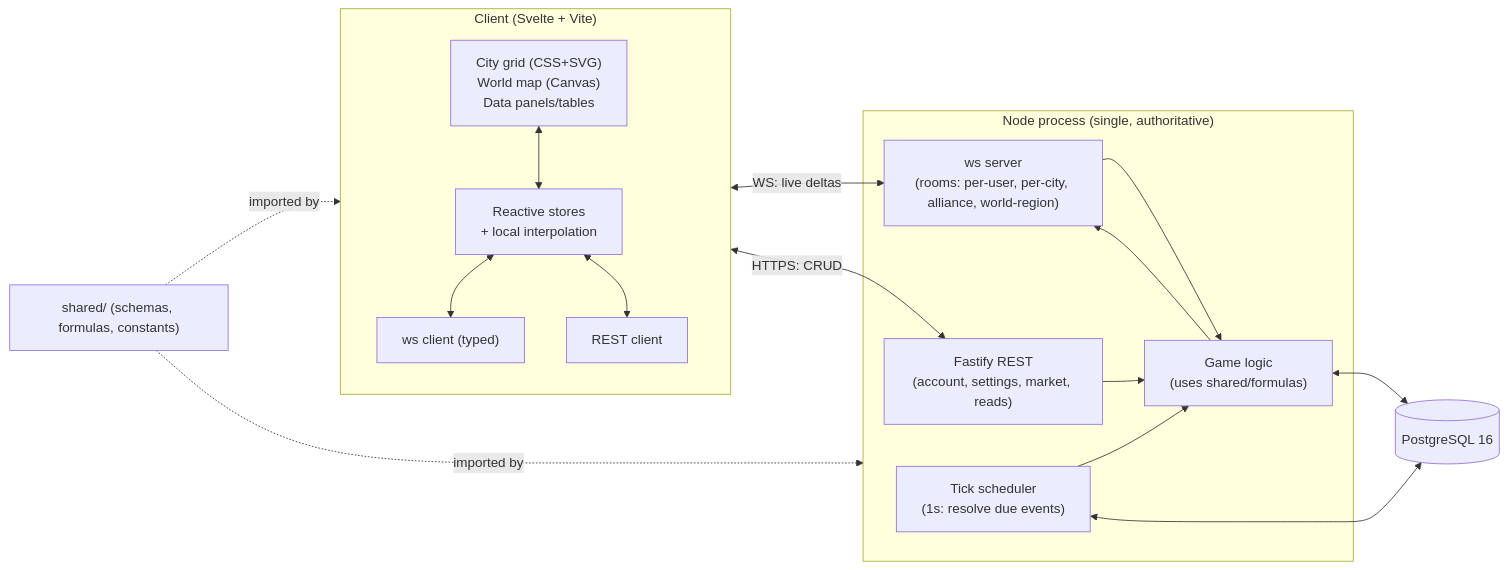
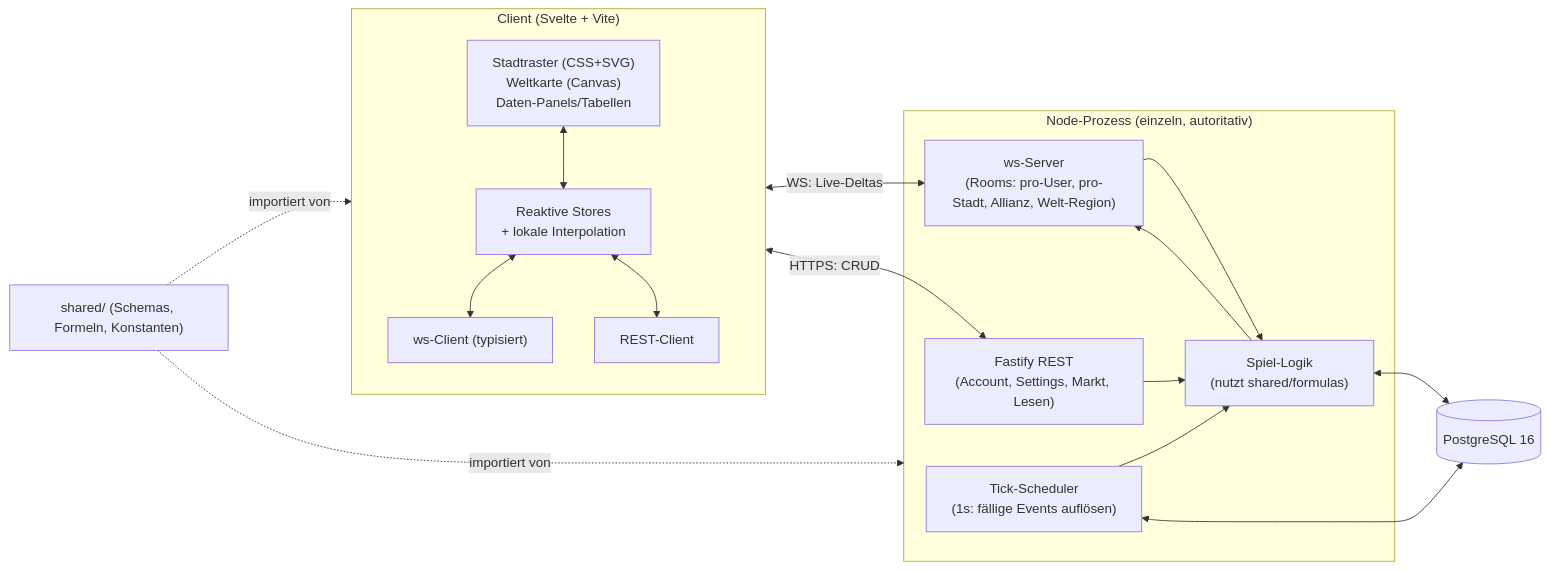
The diagram in ARCHITECTURE.md (moveECX/Kingdoms-of-Adelia), drawn with Mermaid before and after one commit. The commit also changed other lines of this file and 23 other files, not shown here.

````diff
--- a/ARCHITECTURE.md
+++ b/ARCHITECTURE.md
@@ -62,32 +61,32 @@
 ```mermaid
 flowchart LR
   subgraph Browser["Client (Svelte + Vite)"]
-    UI["City grid (CSS+SVG)\nWorld map (Canvas)\nData panels/tables"]
-    Store["Reactive stores\n+ local interpolation"]
-    WSC["ws client (typed)"]
-    REST["REST client"]
+    UI["Stadtraster (CSS+SVG)\nWeltkarte (Canvas)\nDaten-Panels/Tabellen"]
+    Store["Reaktive Stores\n+ lokale Interpolation"]
+    WSC["ws-Client (typisiert)"]
+    REST["REST-Client"]
     UI <--> Store
     Store <--> WSC
     Store <--> REST
   end
 
-  subgraph Server["Node process (single, authoritative)"]
-    FAST["Fastify REST\n(account, settings, market, reads)"]
-    WSS["ws server\n(rooms: per-user, per-city, alliance, world-region)"]
-    SCHED["Tick scheduler\n(1s: resolve due events)"]
-    GAME["Game logic\n(uses shared/formulas)"]
+  subgraph Server["Node-Prozess (einzeln, autoritativ)"]
+    FAST["Fastify REST\n(Account, Settings, Markt, Lesen)"]
+    WSS["ws-Server\n(Rooms: pro-User, pro-Stadt, Allianz, Welt-Region)"]
+    SCHED["Tick-Scheduler\n(1s: fällige Events auflösen)"]
+    GAME["Spiel-Logik\n(nutzt shared/formulas)"]
     FAST --> GAME
     WSS --> GAME
     SCHED --> GAME
     GAME --> WSS
   end
 
   PG[("PostgreSQL 16")]
 
-  Browser <-->|"WS: live deltas"| WSS
+  Browser <-->|"WS: Live-Deltas"| WSS
   Browser <-->|"HTTPS: CRUD"| FAST
   GAME <--> PG
   SCHED <--> PG
-  SH["shared/ (schemas, formulas, constants)"] -.imported by.-> Browser
-  SH -.imported by.-> Server
+  SH["shared/ (Schemas, Formeln, Konstanten)"] -.importiert von.-> Browser
+  SH -.importiert von.-> Server
 ```
````
